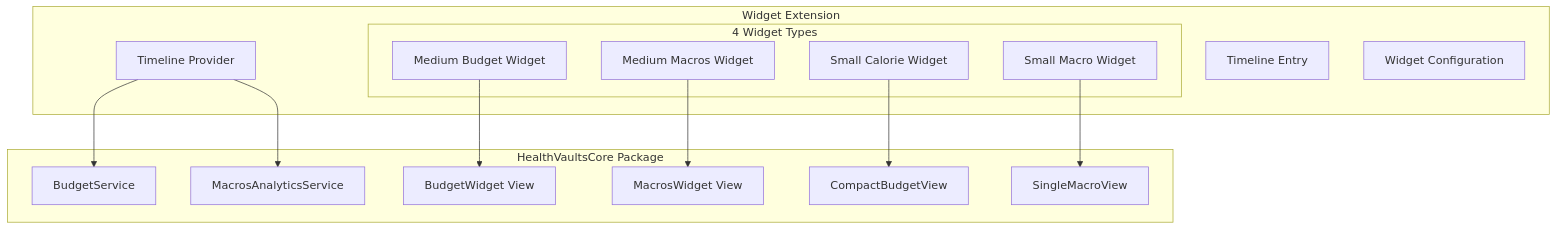
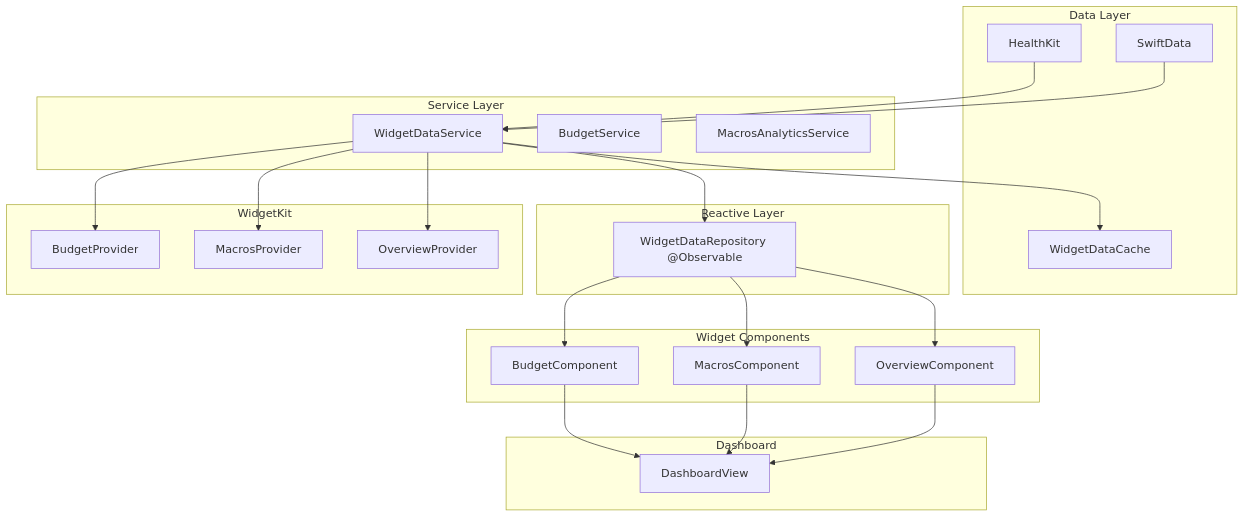
One commit to mohdfareed/health-bank changed the second of 2 diagrams in REVIEW.md. Above: the diagram before and after it, drawn with Mermaid. The commit also changed other lines of this file and 19 other files, not shown here.

````diff
--- a/REVIEW.md
+++ b/REVIEW.md
@@ -267,32 +255,51 @@
 ```mermaid
 graph TB
-    subgraph "HealthVaultsCore Package"
-        BudgetService[BudgetService]
-        MacrosService[MacrosAnalyticsService]
-        BudgetWidget[BudgetWidget View]
-        MacrosWidget[MacrosWidget View]
-        CompactBudget[CompactBudgetView]
-        SingleMacro[SingleMacroView]
+    subgraph "Data Layer"
+        HK[HealthKit]
+        SD[SwiftData]
+        Cache[WidgetDataCache]
     end
 
-    subgraph "Widget Extension"
-        Provider[Timeline Provider]
-        Entry[Timeline Entry]
-        Config[Widget Configuration]
-
-        subgraph "4 Widget Types"
-            MedBudget[Medium Budget Widget]
-            MedMacros[Medium Macros Widget]
-            SmallCal[Small Calorie Widget]
-            SmallMacro[Small Macro Widget]
-        end
+    subgraph "Service Layer"
+        WDS[WidgetDataService]
+        BudgetSvc[BudgetService]
+        MacrosSvc[MacrosAnalyticsService]
     end
 
-    Provider --> BudgetService
-    Provider --> MacrosService
+    subgraph "Reactive Layer"
+        WDR[WidgetDataRepository @Observable]
+    end
 
-    MedBudget --> BudgetWidget
-    MedMacros --> MacrosWidget
-    SmallCal --> CompactBudget
-    SmallMacro --> SingleMacro
+    subgraph "Widget Components"
+        BC[BudgetComponent]
+        MC[MacrosComponent]
+        OC[OverviewComponent]
+    end
+
+    subgraph "Dashboard"
+        DB[DashboardView]
+    end
+
+    subgraph "WidgetKit"
+        BP[BudgetProvider]
+        MP[MacrosProvider]
+        OP[OverviewProvider]
+    end
+
+    HK --> WDS
+    SD --> WDS
+    WDS --> Cache
+    WDS --> WDR
+
+    WDR --> BC
+    WDR --> MC
+    WDR --> OC
+
+    BC --> DB
+    MC --> DB
+    OC --> DB
+
+    WDS --> BP
+    WDS --> MP
+    WDS --> OP
 ```
````
